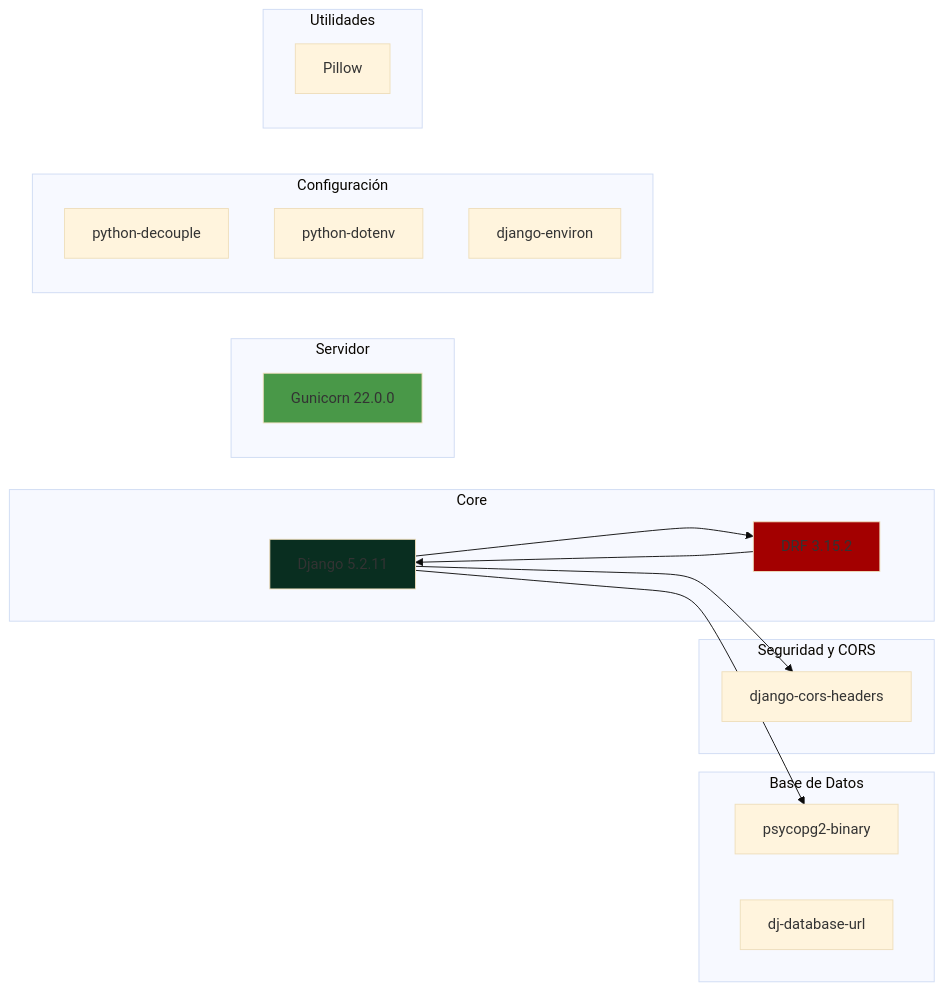
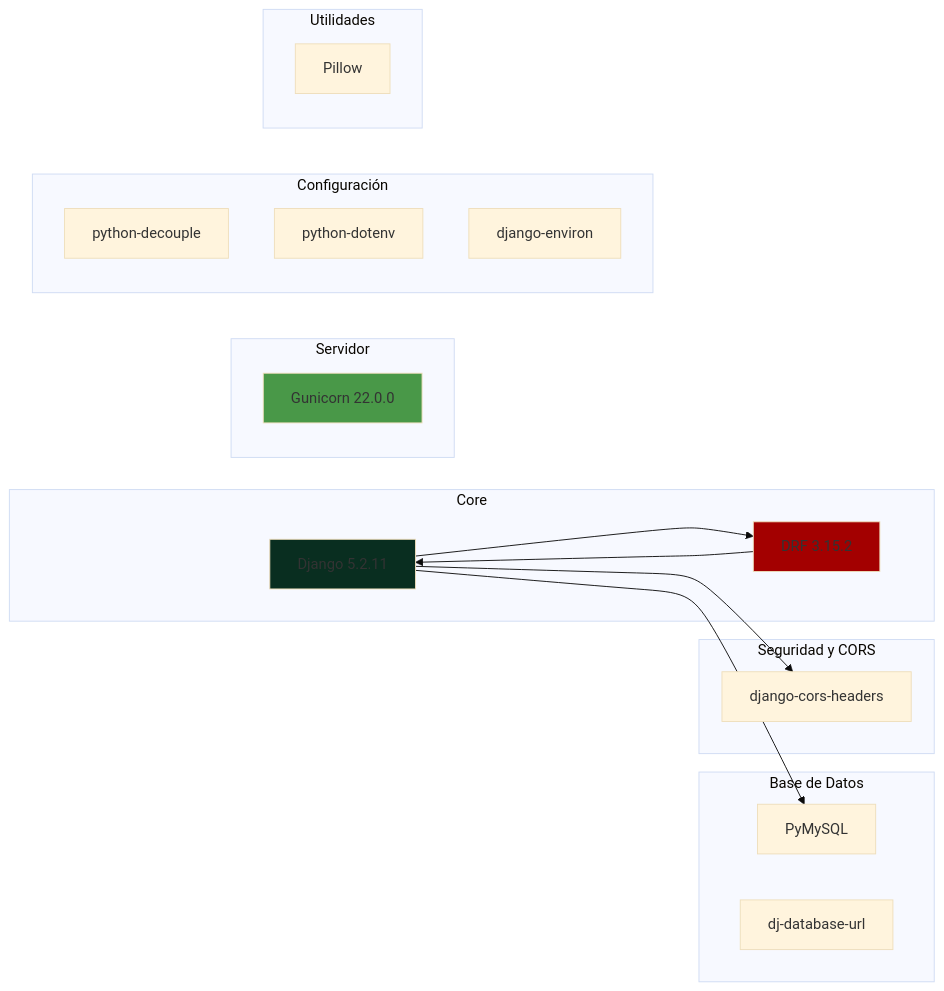
One commit to MiguelSP040/codemio_back changed diagram 12 of 16 in PROJECT_MAP.md. Above: the diagram before and after it, drawn with Mermaid (base theme). The commit also changed other lines of this file and 8 other files, not shown here.

````diff
--- a/PROJECT_MAP.md
+++ b/PROJECT_MAP.md
@@ -437,39 +437,39 @@
 ```mermaid
 graph LR
     subgraph "Core"
         DJANGO[Django 5.2.11]
         DRF[DRF 3.15.2]
     end
     
     subgraph "Base de Datos"
-        PSYCO[psycopg2-binary]
+        PYMYSQL[PyMySQL]
         DBURL[dj-database-url]
     end
     
     subgraph "Servidor"
         GUNICORN[Gunicorn 22.0.0]
     end
     
     subgraph "Configuración"
         DECOUPLE[python-decouple]
         DOTENV[python-dotenv]
         ENVIRON[django-environ]
     end
     
     subgraph "Seguridad y CORS"
         CORS[django-cors-headers]
     end
     
     subgraph "Utilidades"
         PILLOW[Pillow]
     end
     
     DJANGO --> DRF
-    DJANGO --> PSYCO
+    DJANGO --> PYMYSQL
     DJANGO --> CORS
     DRF --> DJANGO
     
     style DJANGO fill:#092E20
     style DRF fill:#A30000
     style GUNICORN fill:#499848
 ```
````
